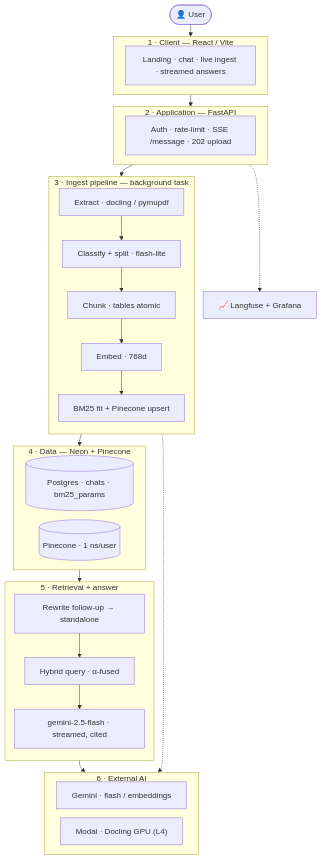
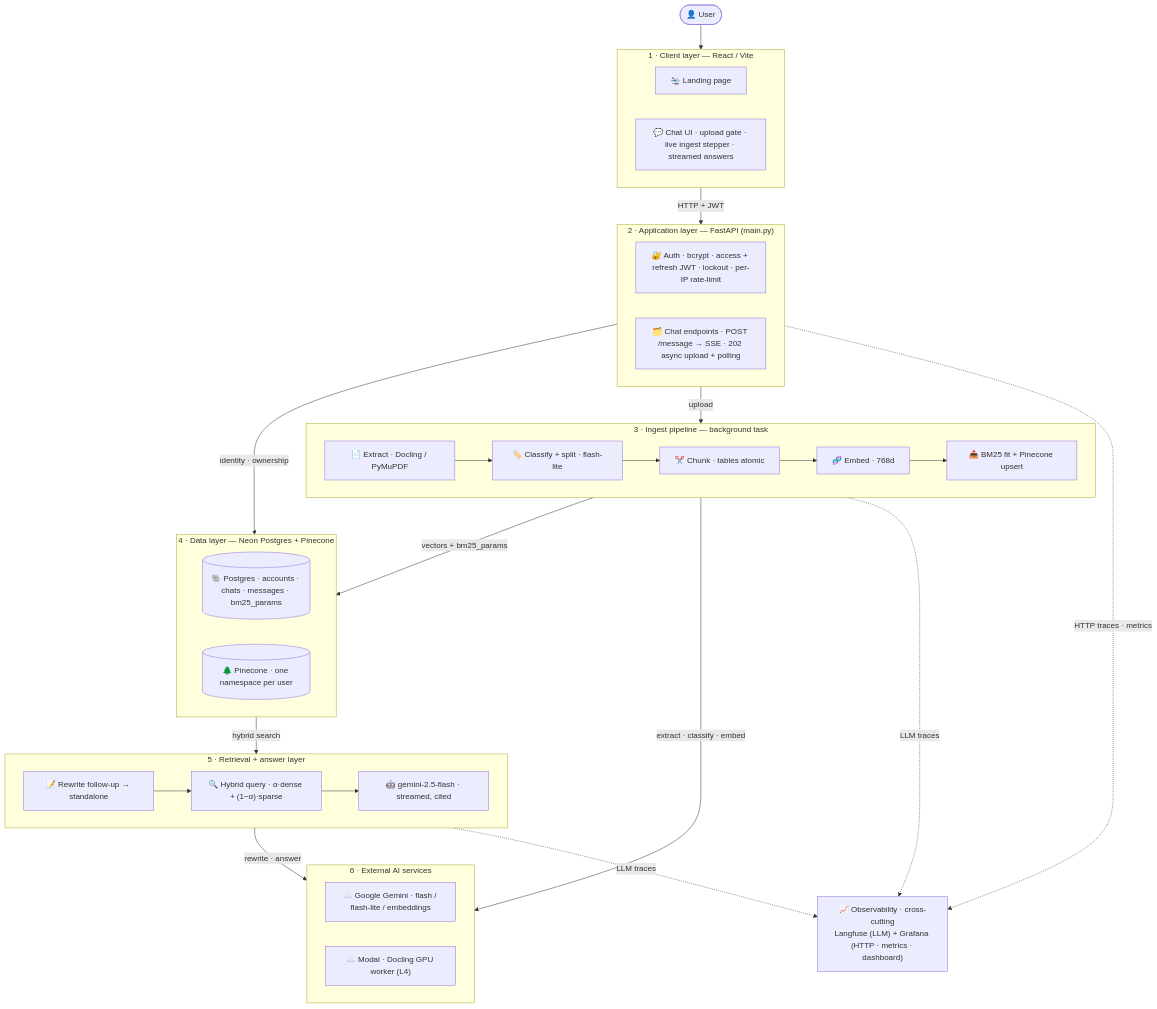
Before and after one commit to VIVPM/document-retrieval-system: the diagram in README.md, drawn with Mermaid. The commit also changed other lines of this file, not shown here.

Commit message:
docs: match architecture diagram footprint to the flipkart reference
Restore the rich flipkart-style diagram (emoji nodes, a label on every
hand-off, cross-cutting observability), but flow the ingest and retrieval
stages left-to-right within their own bands so the layers stack as compact
rows instead of one tall column — cutting the rendered height roughly in
half and matching the reference project's proportions.

````diff
--- a/README.md
+++ b/README.md
@@ -32,37 +33,48 @@
 ```mermaid
-%%{init: {'flowchart': {'nodeSpacing': 18, 'rankSpacing': 24}}}%%
-flowchart TB
+graph TD
     User(["👤 User"])
 
-    subgraph C ["1 · Client — React / Vite"]
-        UI["Landing · chat · live ingest · streamed answers"]
+    subgraph CLIENT ["1 · Client layer — React / Vite"]
+        Land["🛬 Landing page"]
+        UI["💬 Chat UI · upload gate · live ingest stepper · streamed answers"]
     end
 
-    subgraph A ["2 · Application — FastAPI"]
-        API["Auth · rate-limit · SSE /message · 202 upload"]
+    subgraph APP ["2 · Application layer — FastAPI (main.py)"]
+        Auth["🔐 Auth · bcrypt · access + refresh JWT · lockout · per-IP rate-limit"]
+        REST["🗂️ Chat endpoints · POST /message → SSE · 202 async upload + polling"]
     end
 
-    subgraph I ["3 · Ingest pipeline — background task"]
-        direction TB
-        i1["Extract · docling / pymupdf"] --> i2["Classify + split · flash-lite"] --> i3["Chunk · tables atomic"] --> i4["Embed · 768d"] --> i5["BM25 fit + Pinecone upsert"]
+    subgraph INGEST ["3 · Ingest pipeline — background task"]
+        direction LR
+        Ext["📄 Extract · Docling / PyMuPDF"] --> Split["🏷️ Classify + split · flash-lite"] --> Chunk["✂️ Chunk · tables atomic"] --> Emb["🧬 Embed · 768d"] --> Up["📤 BM25 fit + Pinecone upsert"]
     end
 
-    subgraph D ["4 · Data — Neon + Pinecone"]
-        PG[("Postgres · chats · bm25_params")]
-        Pine[("Pinecone · 1 ns/user")]
+    subgraph DATA ["4 · Data layer — Neon Postgres + Pinecone"]
+        PG[("🐘 Postgres · accounts · chats · messages · bm25_params")]
+        Pine[("🌲 Pinecone · one namespace per user")]
     end
 
-    subgraph Q ["5 · Retrieval + answer"]
-        direction TB
-        q1["Rewrite follow-up → standalone"] --> q2["Hybrid query · α-fused"] --> q3["gemini-2.5-flash · streamed, cited"]
+    subgraph QUERY ["5 · Retrieval + answer layer"]
+        direction LR
+        RW["📝 Rewrite follow-up → standalone"] --> Hyb["🔍 Hybrid query · α·dense + (1−α)·sparse"] --> Ans["🤖 gemini-2.5-flash · streamed, cited"]
     end
 
-    subgraph X ["6 · External AI"]
-        Gem["Gemini · flash / embeddings"]
-        Mod["Modal · Docling GPU (L4)"]
+    subgraph EXT ["6 · External AI services"]
+        Gem["☁️ Google Gemini · flash / flash-lite / embeddings"]
+        Mod["☁️ Modal · Docling GPU worker (L4)"]
     end
 
-    User --> C --> A --> I --> D --> Q --> X
-    I -.-> X
-    A -.-> OBS["📈 Langfuse + Grafana"]
+    OBS["📈 Observability · cross-cutting<br>Langfuse (LLM) + Grafana (HTTP · metrics · dashboard)"]
+
+    User --> CLIENT
+    CLIENT -->|HTTP + JWT| APP
+    APP -->|identity · ownership| DATA
+    APP -->|upload| INGEST
+    INGEST -->|vectors + bm25_params| DATA
+    DATA -->|hybrid search| QUERY
+    INGEST -->|extract · classify · embed| EXT
+    QUERY -->|rewrite · answer| EXT
+    APP -.->|HTTP traces · metrics| OBS
+    INGEST -.->|LLM traces| OBS
+    QUERY -.->|LLM traces| OBS
 ```
````
